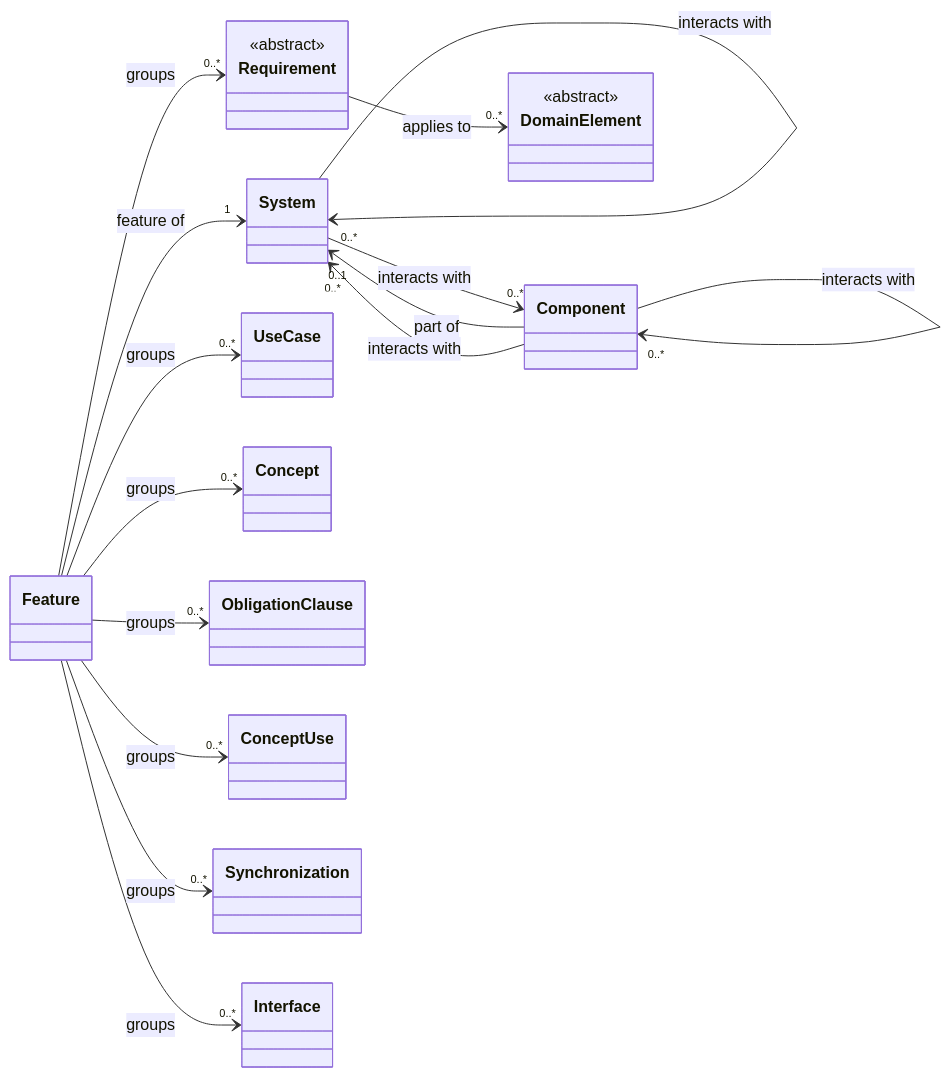
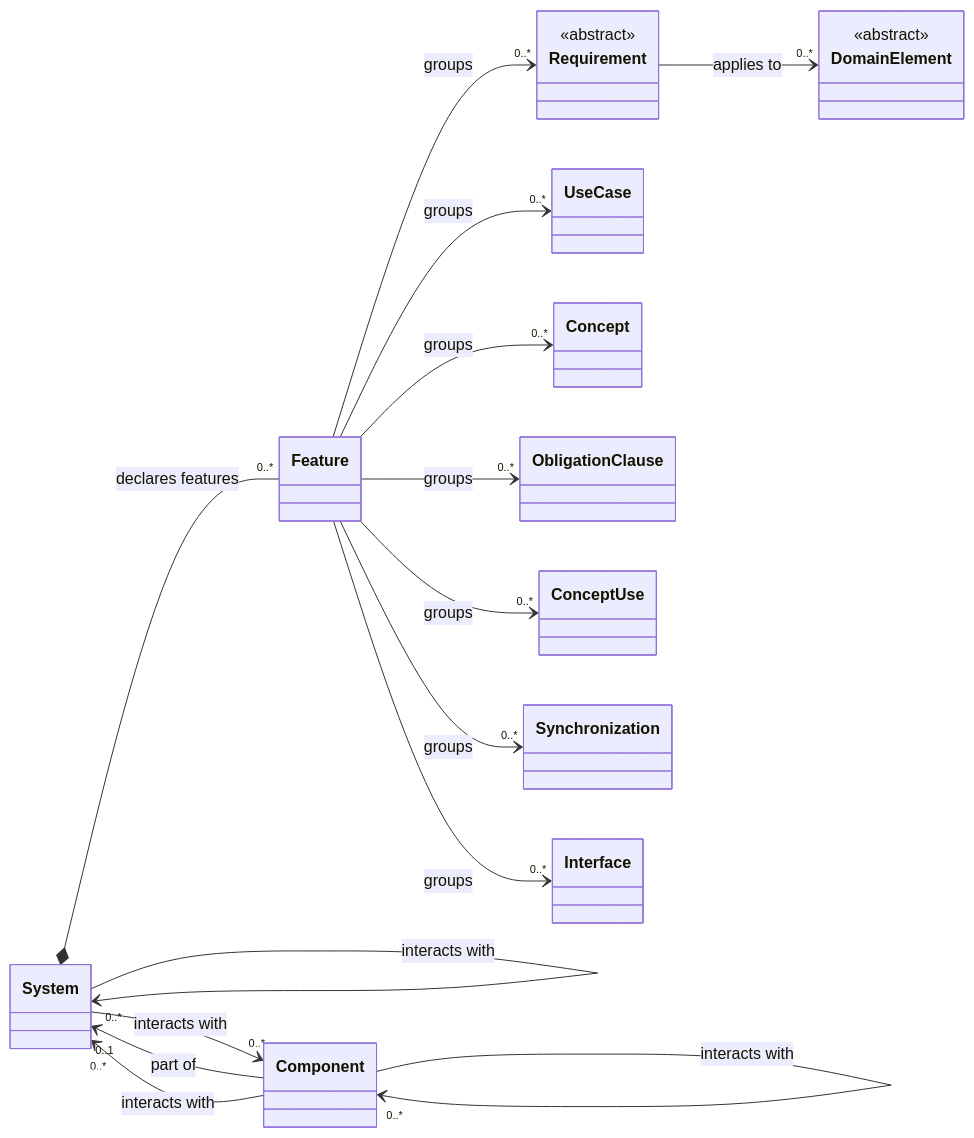
Before and after one commit to craigsmitham/dotspec: the fourth of 17 diagrams in docs/reference/model/core.md, drawn with Mermaid. The commit also changed other lines of this file and 31 other files, not shown here.

Commit message:
Align model schema and relationship semantics

````diff
--- a/docs/reference/model/core.md
+++ b/docs/reference/model/core.md
@@ -112,33 +112,33 @@
 ```mermaid
 classDiagram
     direction LR
     class System
     class Component
     class Feature
     class Requirement
     <<abstract>> Requirement
     class UseCase
     class Concept
     class ObligationClause
     class ConceptUse
     class Synchronization
     class Interface
     class DomainElement
     <<abstract>> DomainElement
     System --> "0..1" System : part of
     Component --> "0..1" System : part of
     Component --> "0..1" Component : part of
-    Feature --> "1" System : feature of
+    System *-- "0..*" Feature : declares features
     Feature --> "0..*" Requirement : groups
     Feature --> "0..*" ObligationClause : groups
     Feature --> "0..*" UseCase : groups
     Feature --> "0..*" Concept : groups
     Feature --> "0..*" ConceptUse : groups
     Feature --> "0..*" Synchronization : groups
     Feature --> "0..*" Interface : groups
     Requirement --> "0..*" DomainElement : applies to
     System --> "0..*" System : interacts with
     System --> "0..*" Component : interacts with
     Component --> "0..*" System : interacts with
     Component --> "0..*" Component : interacts with
 ```
````
